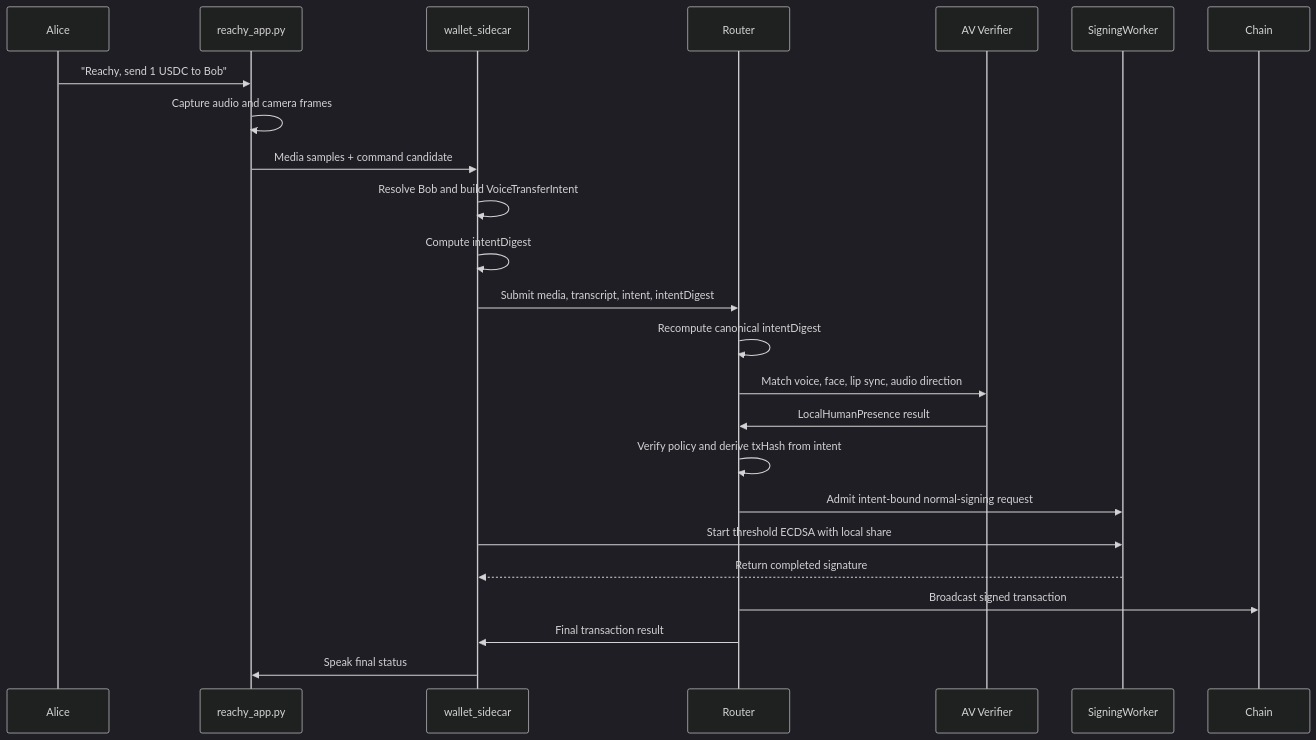
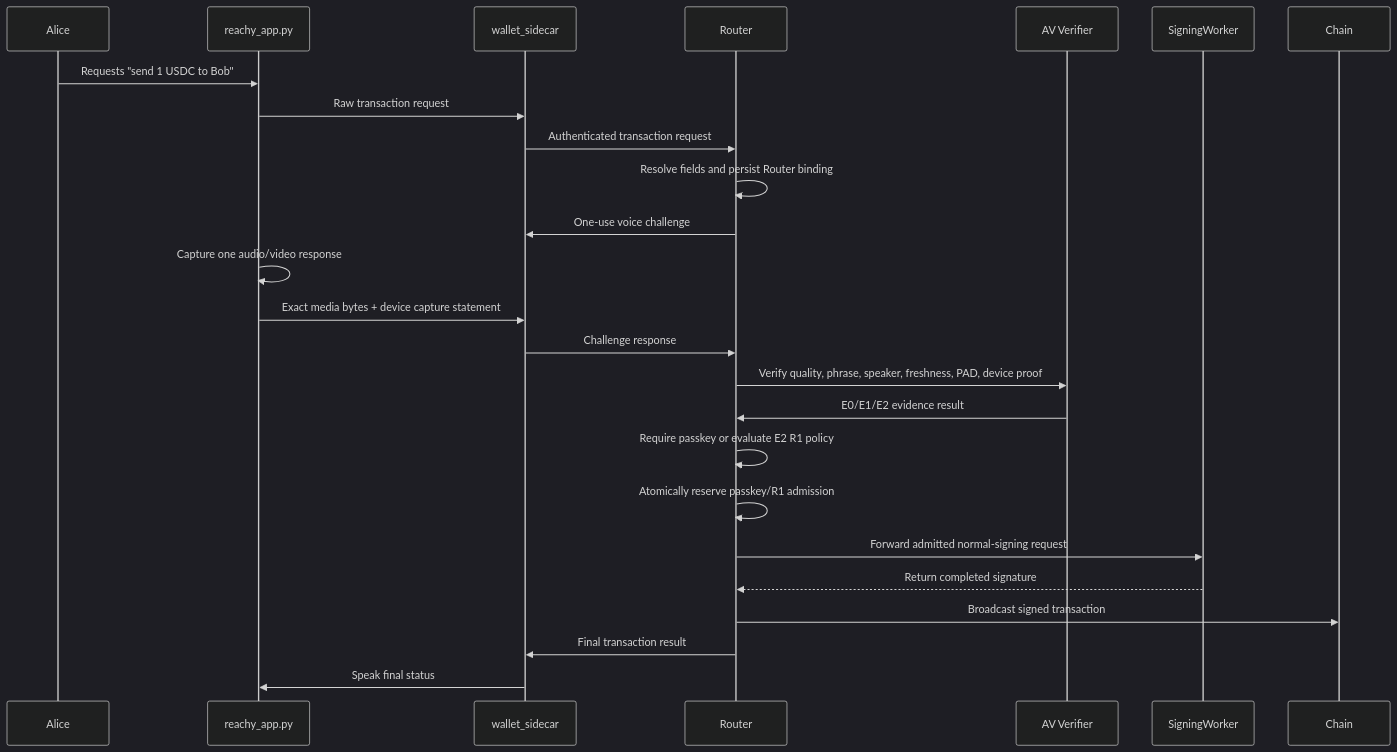
The second of 2 diagrams in voiceId/docs/voice-biometrics.md (seams-tech/seams-sdk), drawn with Mermaid (dark theme) before and after one commit. The commit also changed other lines of this file and 22 other files, not shown here.

````diff
--- a/voiceId/docs/voice-biometrics.md
+++ b/voiceId/docs/voice-biometrics.md
@@ -748,27 +704,28 @@
 ```mermaid
 sequenceDiagram
   participant Alice
   participant ReachyApp as reachy_app.py
   participant Sidecar as wallet_sidecar
   participant Router
   participant Verifier as AV Verifier
   participant SigningWorker
   participant Chain
 
-  Alice->>ReachyApp: "Reachy, send 1 USDC to Bob"
-  ReachyApp->>ReachyApp: Capture audio and camera frames
-  ReachyApp->>Sidecar: Media samples + command candidate
-  Sidecar->>Sidecar: Resolve Bob and build VoiceTransferIntent
-  Sidecar->>Sidecar: Compute intentDigest
-  Sidecar->>Router: Submit media, transcript, intent, intentDigest
-  Router->>Router: Recompute canonical intentDigest
-  Router->>Verifier: Match voice, face, lip sync, audio direction
-  Verifier->>Router: LocalHumanPresence result
-  Router->>Router: Verify policy and derive txHash from intent
-  Router->>SigningWorker: Admit intent-bound normal-signing request
-  Sidecar->>SigningWorker: Start threshold ECDSA with local share
-  SigningWorker-->>Sidecar: Return completed signature
+  Alice->>ReachyApp: Requests "send 1 USDC to Bob"
+  ReachyApp->>Sidecar: Raw transaction request
+  Sidecar->>Router: Authenticated transaction request
+  Router->>Router: Resolve fields and persist Router binding
+  Router->>Sidecar: One-use voice challenge
+  ReachyApp->>ReachyApp: Capture one audio/video response
+  ReachyApp->>Sidecar: Exact media bytes + device capture statement
+  Sidecar->>Router: Challenge response
+  Router->>Verifier: Verify quality, phrase, speaker, freshness, PAD, device proof
+  Verifier->>Router: E0/E1/E2 evidence result
+  Router->>Router: Require passkey or evaluate E2 R1 policy
+  Router->>Router: Atomically reserve passkey/R1 admission
+  Router->>SigningWorker: Forward admitted normal-signing request
+  SigningWorker-->>Router: Return completed signature
   Router->>Chain: Broadcast signed transaction
   Router->>Sidecar: Final transaction result
   Sidecar->>ReachyApp: Speak final status
 ```
````
